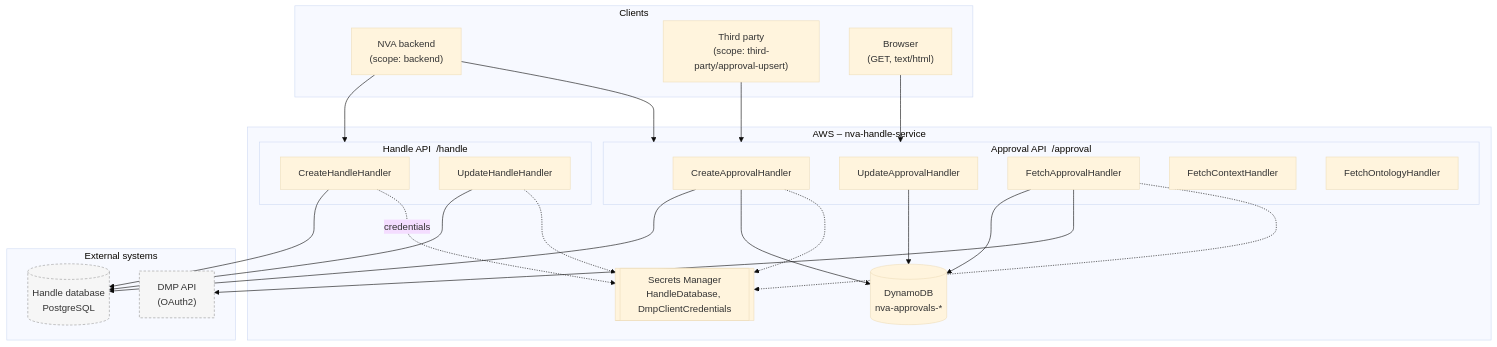
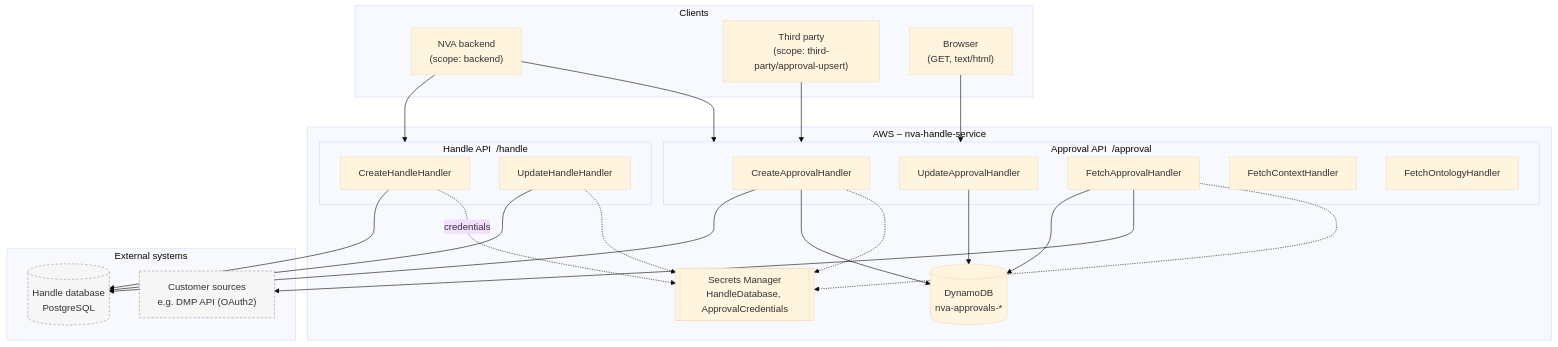
The diagram in README.md (BIBSYSDEV/nva-handle-service), drawn with Mermaid (base theme) before and after one commit. The commit also changed 27 other files, not shown here.

First line of the commit message:
feat(approvals): fetch sources through one client using the customer's source config #NP-51912 (#107)

````diff
--- a/README.md
+++ b/README.md
@@ -20,52 +20,52 @@
 ```mermaid
 flowchart TB
     subgraph clients["Clients"]
         NVA["NVA backend<br/>(scope: backend)"]
         THIRD["Third party<br/>(scope: third-party/approval-upsert)"]
         BROWSER["Browser<br/>(GET, text/html)"]
     end
 
     subgraph aws["AWS – nva-handle-service"]
         subgraph handleApi["Handle API &nbsp;/handle"]
             CH["CreateHandleHandler"]
             UH["UpdateHandleHandler"]
         end
 
         subgraph approvalsApi["Approval API &nbsp;/approval"]
             CA["CreateApprovalHandler"]
             UA["UpdateApprovalHandler"]
             FA["FetchApprovalHandler"]
             FC["FetchContextHandler"]
             FO["FetchOntologyHandler"]
         end
 
         DDB[("DynamoDB<br/>nva-approvals-*")]
-        SM[["Secrets Manager<br/>HandleDatabase, DmpClientCredentials"]]
+        SM[["Secrets Manager<br/>HandleDatabase, ApprovalCredentials"]]
     end
 
     subgraph external["External systems"]
         PG[("Handle database<br/>PostgreSQL")]
-        DMP["DMP API<br/>(OAuth2)"]
+        DMP["Customer sources<br/>e.g. DMP API (OAuth2)"]
     end
 
     NVA --> handleApi
     NVA --> approvalsApi
     THIRD --> approvalsApi
     BROWSER --> approvalsApi
 
     CH --> PG
     UH --> PG
     CA --> PG
     CA --> DDB
     UA --> DDB
     FA --> DDB
     FA --> DMP
 
     CH -.credentials.-> SM
     UH -.-> SM
     CA -.-> SM
     FA -.-> SM
 
     classDef ext fill:#f6f6f6,stroke:#999,stroke-dasharray: 4 3
     class PG,DMP ext
 ```
````
